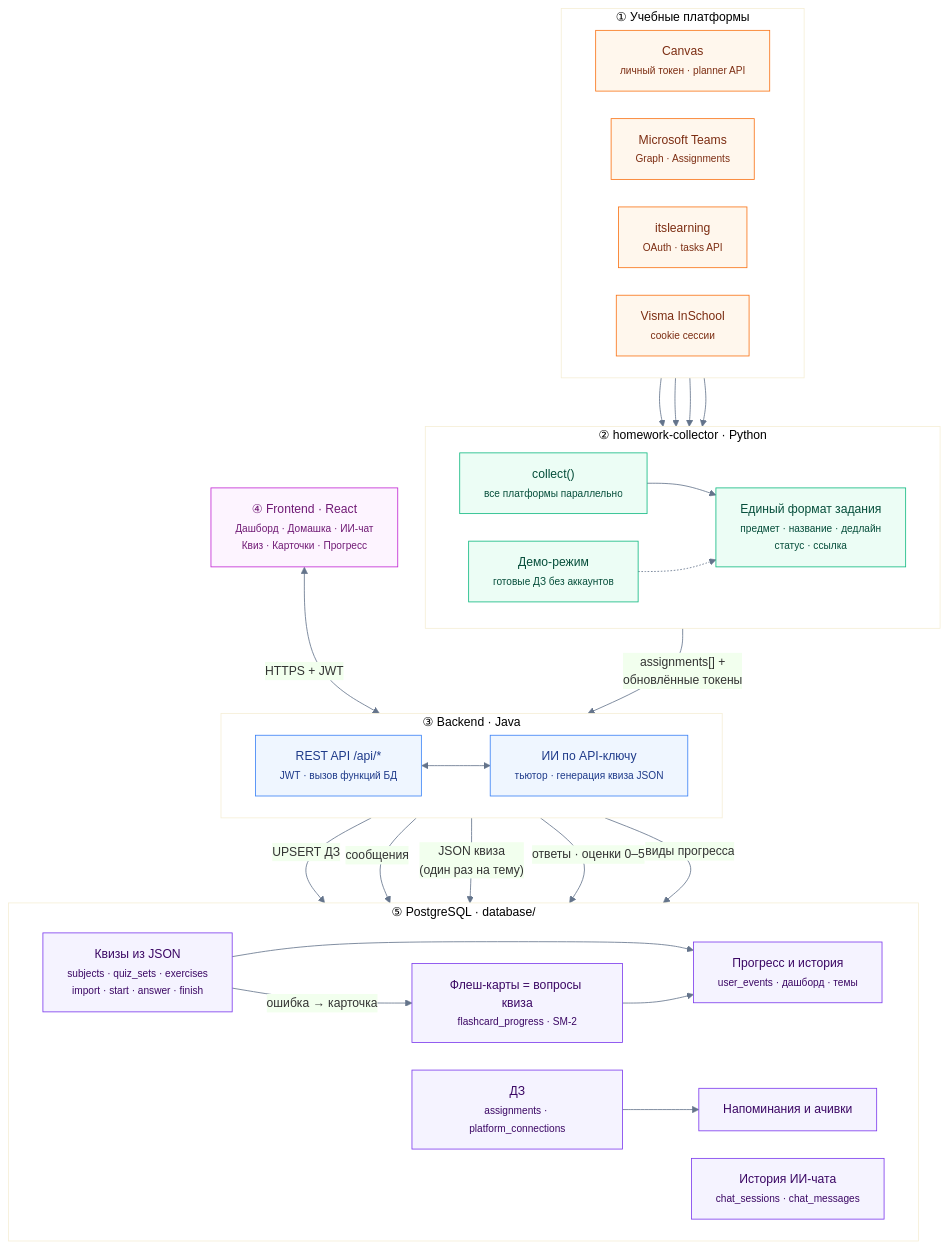
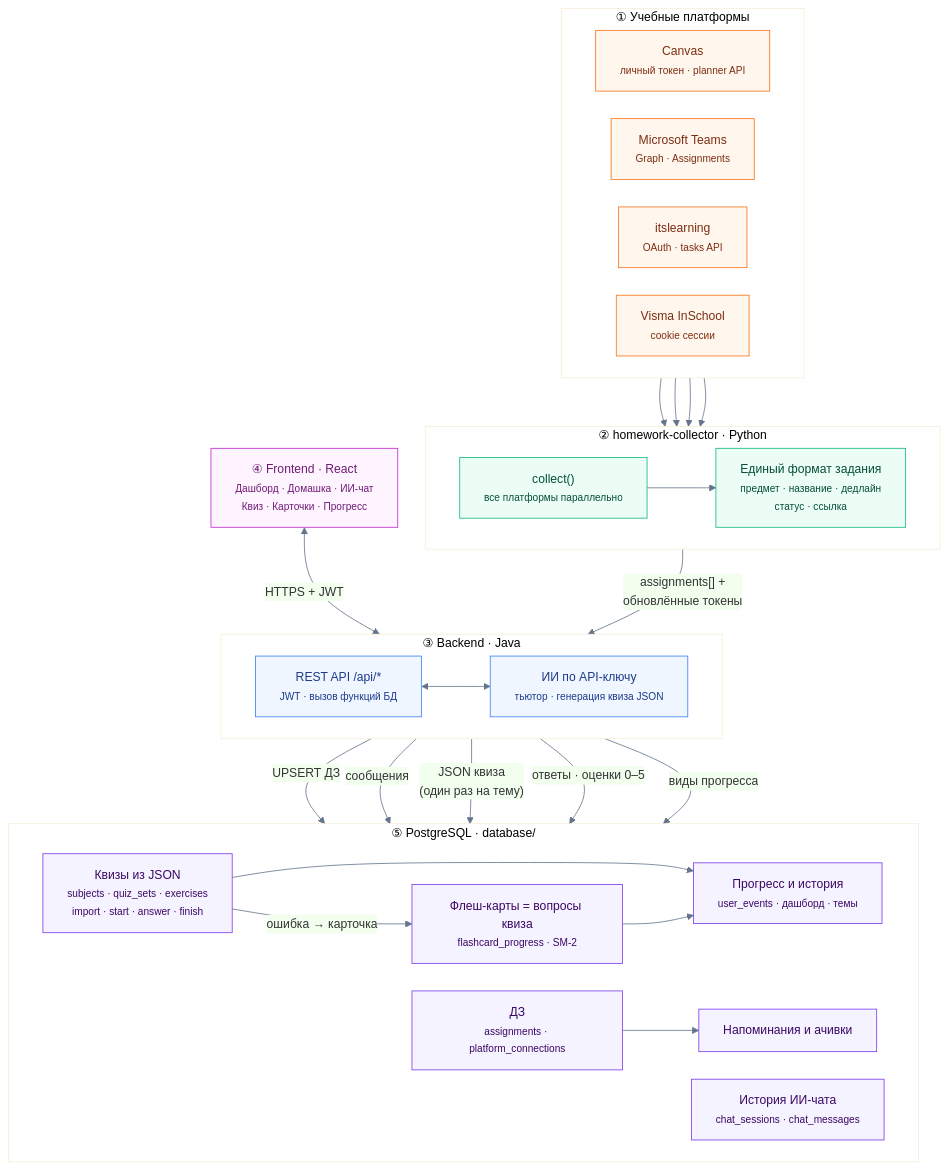
One commit to two-bits1/LekseRadar changed the diagram in docs/schema.mmd. Above: the diagram before and after it, drawn with Mermaid. The commit also changed 13 other files, not shown here.

First line of the commit message:
убраны демо-данные: seed.sql и демо-режим collect()

```diff
--- a/docs/schema.mmd
+++ b/docs/schema.mmd
@@ -1,61 +1,59 @@
 %%{init: {"theme":"base","flowchart":{"curve":"basis","nodeSpacing":34,"rankSpacing":60},"themeVariables":{"fontFamily":"Inter, Helvetica, Arial","fontSize":"15px","primaryColor":"#eef2ff","primaryBorderColor":"#6366f1","lineColor":"#64748b"}}}%%
 flowchart TB
     subgraph SRC["① Учебные платформы"]
         direction LR
         CV["Canvas<br/><small>личный токен · planner API</small>"]
         TM["Microsoft Teams<br/><small>Graph · Assignments</small>"]
         IT["itslearning<br/><small>OAuth · tasks API</small>"]
         IS["Visma InSchool<br/><small>cookie сессии</small>"]
     end
 
     subgraph PY["② homework-collector · Python"]
         direction LR
         COL["collect()<br/><small>все платформы параллельно</small>"]
         NORM["Единый формат задания<br/><small>предмет · название · дедлайн<br/>статус · ссылка</small>"]
-        DEMO["Демо-режим<br/><small>готовые ДЗ без аккаунтов</small>"]
         COL --> NORM
-        DEMO -.-> NORM
     end
 
     subgraph BE["③ Backend · Java"]
         direction LR
         API["REST API /api/*<br/><small>JWT · вызов функций БД</small>"]
         AI["ИИ по API-ключу<br/><small>тьютор · генерация квиза JSON</small>"]
     end
 
     FE["④ Frontend · React<br/><small>Дашборд · Домашка · ИИ-чат<br/>Квиз · Карточки · Прогресс</small>"]
 
     subgraph DB["⑤ PostgreSQL · database/"]
         direction LR
         HW["ДЗ<br/><small>assignments · platform_connections</small>"]
         CH["История ИИ-чата<br/><small>chat_sessions · chat_messages</small>"]
         QZ["Квизы из JSON<br/><small>subjects · quiz_sets · exercises<br/>import · start · answer · finish</small>"]
         FC["Флеш-карты = вопросы квиза<br/><small>flashcard_progress · SM-2</small>"]
         PR["Прогресс и история<br/><small>user_events · дашборд · темы</small>"]
         RM["Напоминания и ачивки"]
         QZ -- "ошибка → карточка" --> FC
         QZ --> PR
         FC --> PR
         HW --> RM
     end
 
     CV & TM & IT & IS --> COL
     NORM -- "assignments[] +<br/>обновлённые токены" --> API
     FE <-- "HTTPS + JWT" --> API
     API <--> AI
     API -- "UPSERT ДЗ" --> HW
     API -- "сообщения" --> CH
     AI -- "JSON квиза<br/>(один раз на тему)" --> QZ
     API -- "ответы · оценки 0–5" --> FC
     API -- "виды прогресса" --> PR
 
     classDef src fill:#fff7ed,stroke:#f97316,color:#7c2d12
     classDef py fill:#ecfdf5,stroke:#10b981,color:#064e3b
     classDef be fill:#eff6ff,stroke:#3b82f6,color:#1e3a8a
     classDef fe fill:#fdf4ff,stroke:#c026d3,color:#701a75
     classDef db fill:#f5f3ff,stroke:#7c3aed,color:#3b0764
     class CV,TM,IT,IS src
-    class COL,NORM,DEMO py
+    class COL,NORM py
     class API,AI be
     class FE fe
     class HW,CH,QZ,FC,PR,RM db
```
